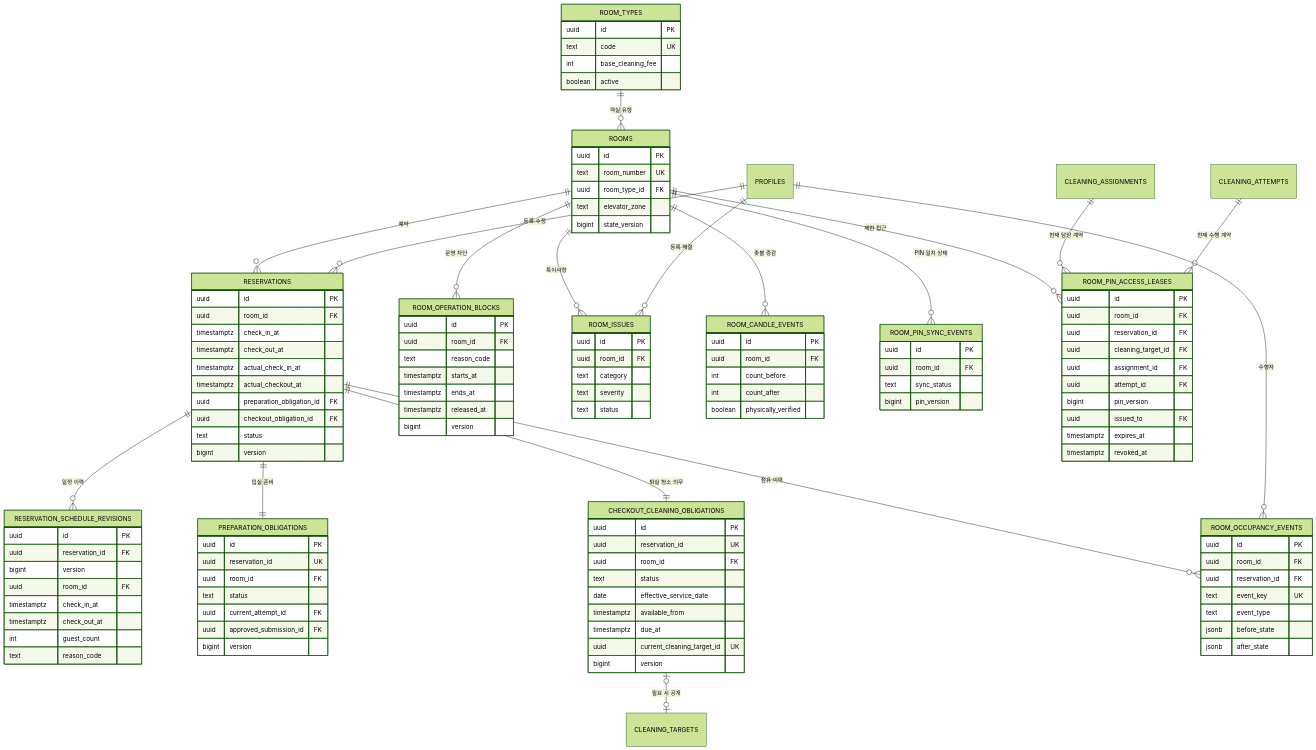
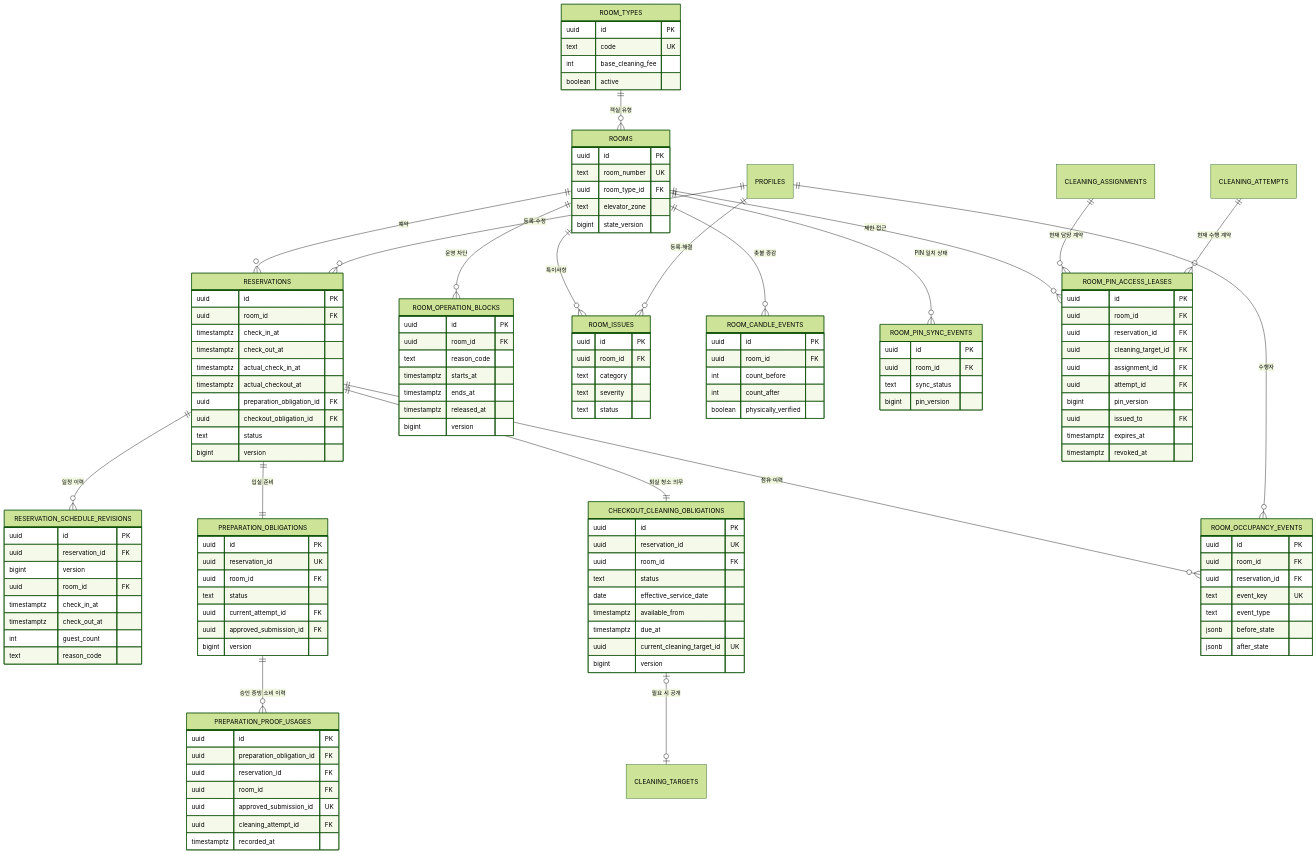
Before and after one commit to wrongstory/room-management-system-backend: the third of 5 diagrams in docs/ERD.md, drawn with Mermaid (forest theme). The commit also changed other lines of this file and 6 other files, not shown here.

```diff
--- a/docs/ERD.md
+++ b/docs/ERD.md
@@ -104,6 +104,7 @@
   ROOMS ||--o{ RESERVATIONS : "예약"
   RESERVATIONS ||--o{ RESERVATION_SCHEDULE_REVISIONS : "일정 이력"
   RESERVATIONS ||--|| PREPARATION_OBLIGATIONS : "입실 준비"
+  PREPARATION_OBLIGATIONS ||--o{ PREPARATION_PROOF_USAGES : "승인 증빙 소비 이력"
   RESERVATIONS ||--|| CHECKOUT_CLEANING_OBLIGATIONS : "퇴실 청소 의무"
   RESERVATIONS ||--o{ ROOM_OCCUPANCY_EVENTS : "점유 이력"
   CHECKOUT_CLEANING_OBLIGATIONS o|--o| CLEANING_TARGETS : "필요 시 공개"
@@ -161,6 +162,15 @@
     uuid current_attempt_id FK
     uuid approved_submission_id FK
     bigint version
+  }
+  PREPARATION_PROOF_USAGES {
+    uuid id PK
+    uuid preparation_obligation_id FK
+    uuid reservation_id FK
+    uuid room_id FK
+    uuid approved_submission_id UK
+    uuid cleaning_attempt_id FK
+    timestamptz recorded_at
   }
   CHECKOUT_CLEANING_OBLIGATIONS {
     uuid id PK
```
